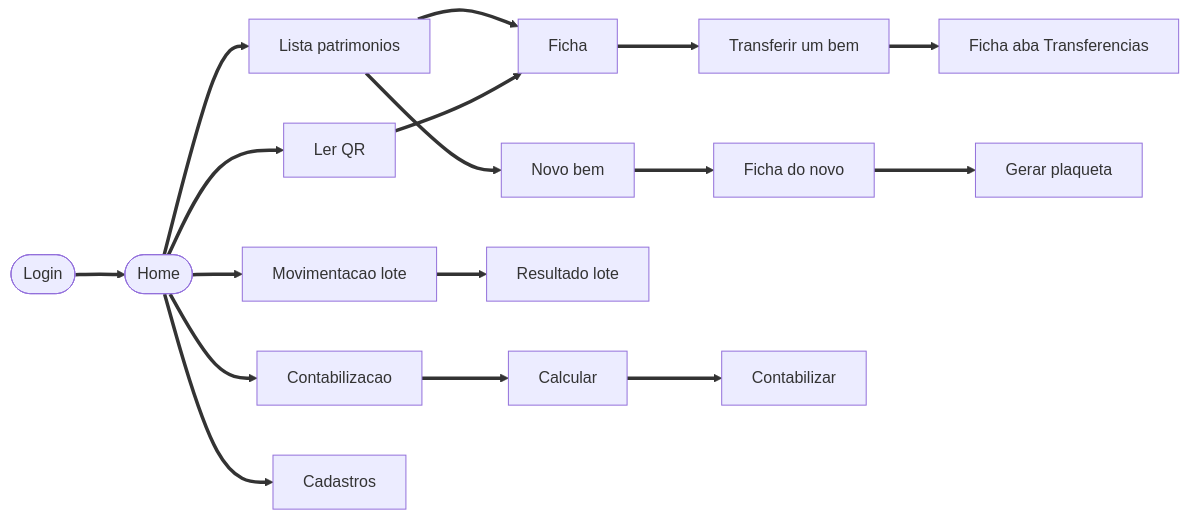
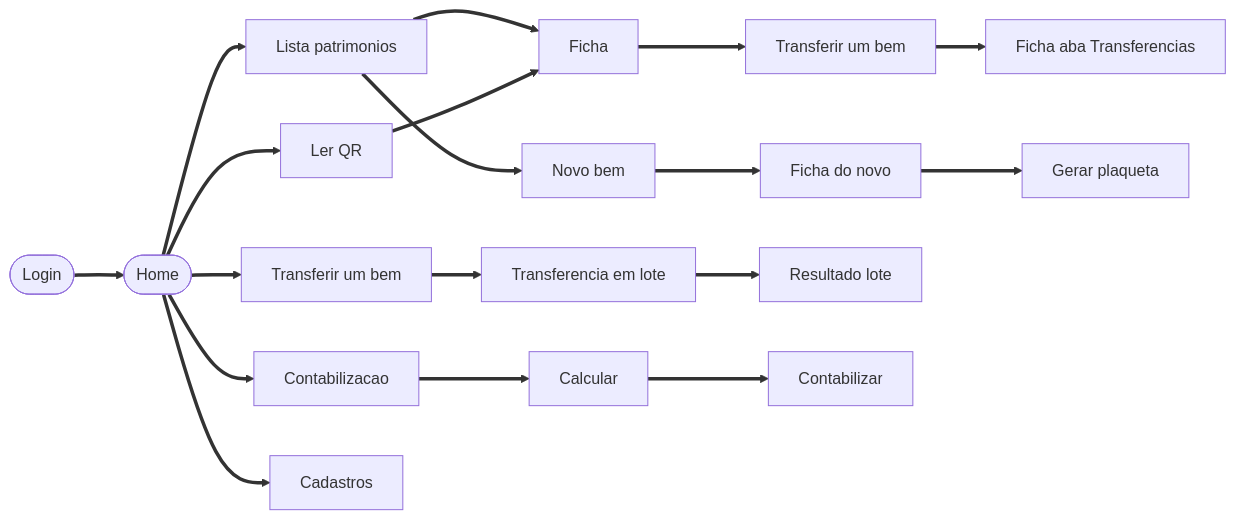
The ninth of 9 diagrams in MAPA-PROJETO.md (Boyyypablo/patrimonio), drawn with Mermaid before and after one commit. The commit also changed other lines of this file and 89 other files, not shown here.

````diff
--- a/MAPA-PROJETO.md
+++ b/MAPA-PROJETO.md
@@ -325,19 +347,20 @@
 ```mermaid
 flowchart LR
   login(["Login"]) ==> home(["Home"])
   home ==> lista["Lista patrimonios"]
   lista ==> ficha["Ficha"]
   ficha ==> transf["Transferir um bem"]
   transf ==> ficha2["Ficha aba Transferencias"]
   lista ==> novo["Novo bem"]
   novo ==> ficha3["Ficha do novo"]
   ficha3 ==> plaqueta["Gerar plaqueta"]
-  home ==> lote["Movimentacao lote"]
+  home ==> movUm2["Transferir um bem"]
+  movUm2 ==> lote["Transferencia em lote"]
   lote ==> resultado["Resultado lote"]
   home ==> contab["Contabilizacao"]
   contab ==> calc["Calcular"]
   calc ==> post["Contabilizar"]
   home ==> qr["Ler QR"]
   qr ==> ficha
   home ==> cad["Cadastros"]
 ```
````
